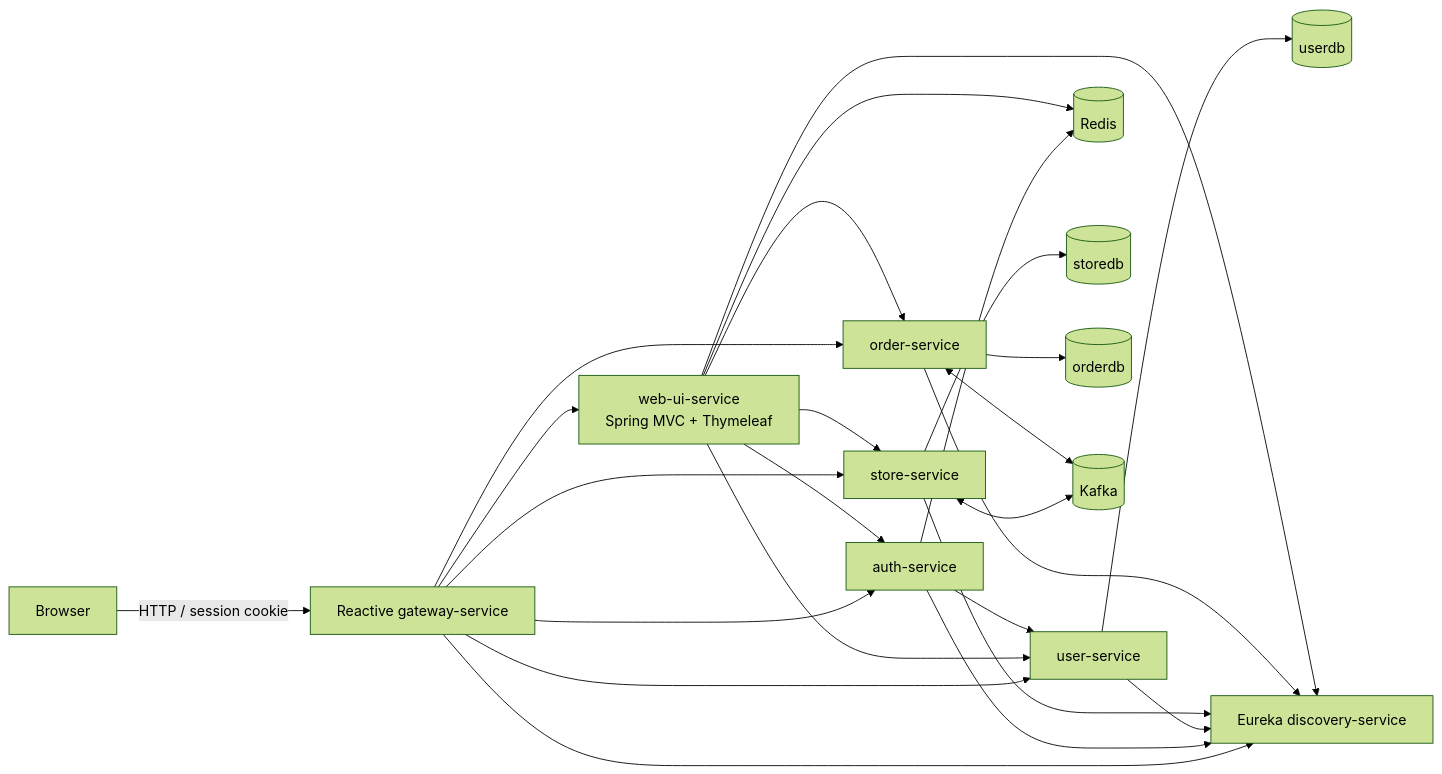
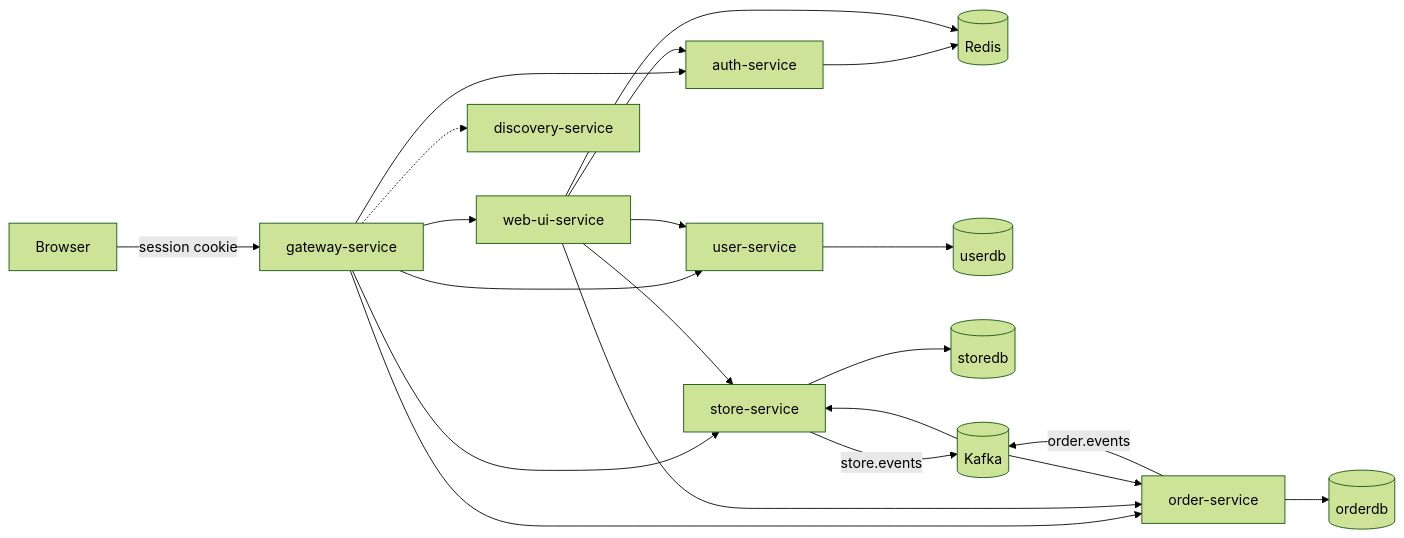
The first of 2 diagrams in README.md (mahanfatehian/order-platform-core), drawn with Mermaid (forest theme) before and after one commit. The commit also changed other lines of this file and 145 other files, not shown here.

````diff
--- a/README.md
+++ b/README.md
@@ -9,27 +78,24 @@
 ```mermaid
 flowchart LR
-    Browser[Browser] -->|HTTP / session cookie| Gateway[Reactive gateway-service]
-    Gateway --> WebUI[web-ui-service<br/>Spring MVC + Thymeleaf]
+    Browser -->|session cookie| Gateway[gateway-service]
+    Gateway --> BFF[web-ui-service]
     Gateway --> Auth[auth-service]
     Gateway --> Users[user-service]
     Gateway --> Store[store-service]
     Gateway --> Orders[order-service]
-    WebUI --> Auth
-    WebUI --> Users
-    WebUI --> Store
-    WebUI --> Orders
-    Auth --> Users
+
+    BFF --> Auth
+    BFF --> Users
+    BFF --> Store
+    BFF --> Orders
     Auth --> Redis[(Redis)]
-    WebUI --> Redis
+    BFF --> Redis
     Users --> UserDB[(userdb)]
     Store --> StoreDB[(storedb)]
     Orders --> OrderDB[(orderdb)]
-    Store <--> Kafka[(Kafka)]
-    Orders <--> Kafka
-    Gateway --> Eureka[Eureka discovery-service]
-    Auth --> Eureka
-    Users --> Eureka
-    Store --> Eureka
-    Orders --> Eureka
-    WebUI --> Eureka
+    Orders -->|order.events| Kafka[(Kafka)]
+    Kafka --> Store
+    Store -->|store.events| Kafka
+    Kafka --> Orders
+    Gateway -.-> Eureka[discovery-service]
 ```
````
